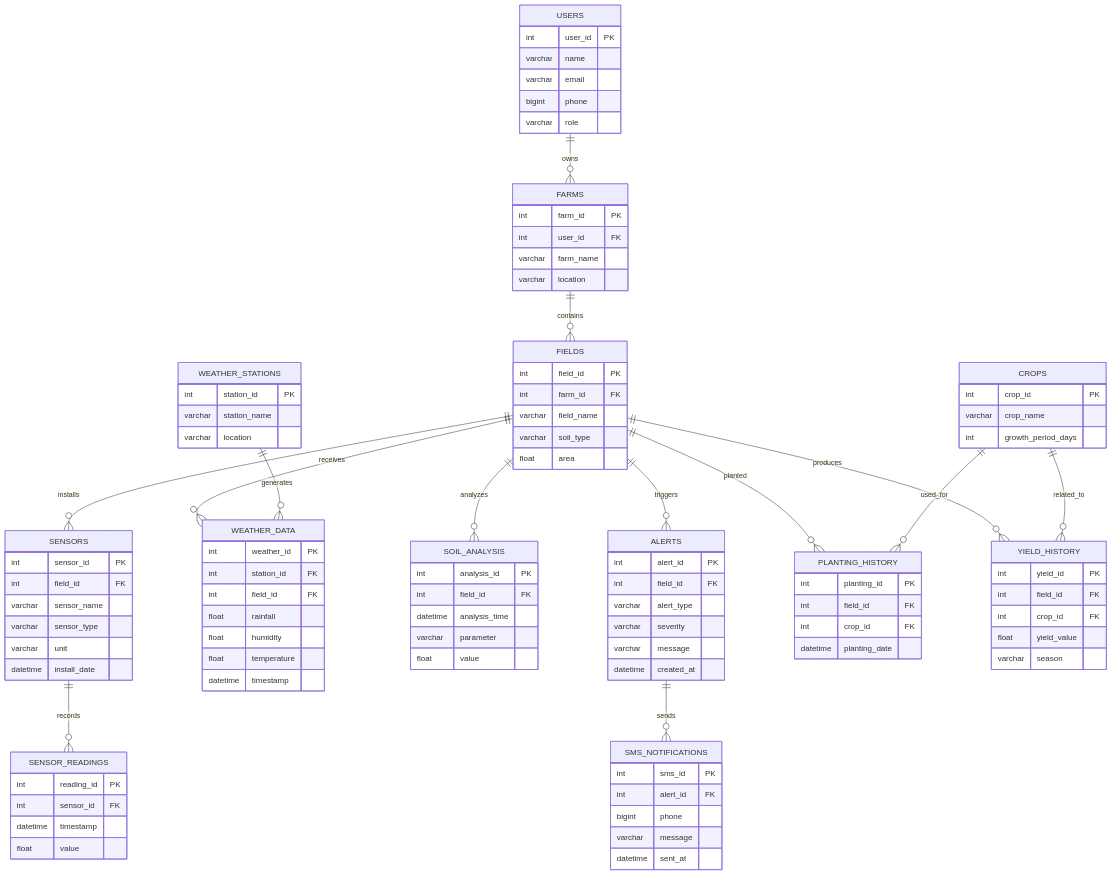
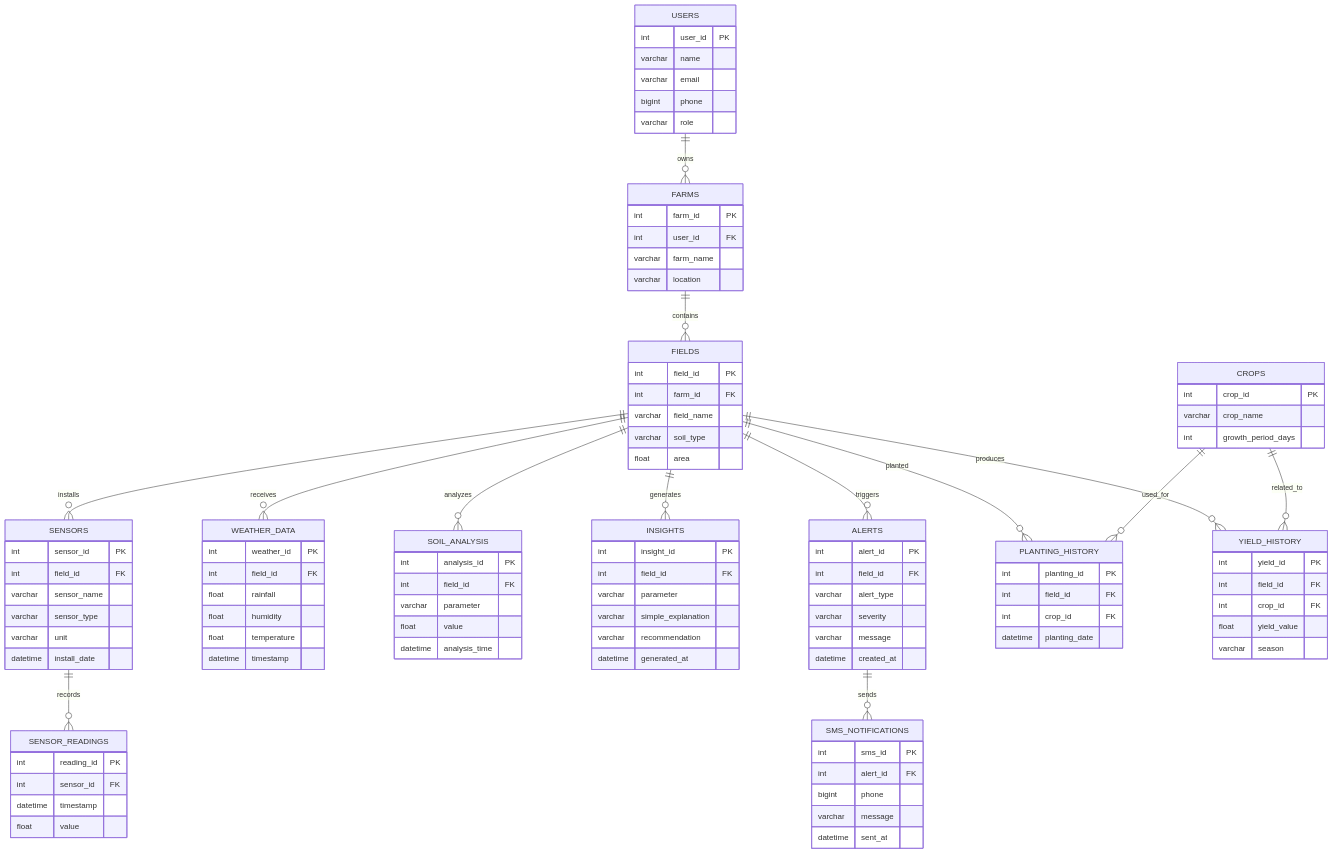
The ninth of 9 diagrams in README.md (White-D-coder/soilfusion), drawn with Mermaid before and after one commit. The commit also changed other lines of this file, not shown here.

```diff
--- a/README.md
+++ b/README.md
@@ -407,15 +408,8 @@
     float value
 }
 
-WEATHER_STATIONS {
-    int station_id PK
-    varchar station_name
-    varchar location
-}
-
 WEATHER_DATA {
     int weather_id PK
-    int station_id FK
     int field_id FK
     float rainfall
     float humidity
@@ -426,9 +420,18 @@
 SOIL_ANALYSIS {
     int analysis_id PK
     int field_id FK
-    datetime analysis_time
     varchar parameter
     float value
+    datetime analysis_time
+}
+
+INSIGHTS {
+    int insight_id PK
+    int field_id FK
+    varchar parameter
+    varchar simple_explanation
+    varchar recommendation
+    datetime generated_at
 }
 
 ALERTS {
@@ -474,8 +477,8 @@
 FIELDS ||--o{ SENSORS : installs
 SENSORS ||--o{ SENSOR_READINGS : records
 FIELDS ||--o{ WEATHER_DATA : receives
-WEATHER_STATIONS ||--o{ WEATHER_DATA : generates
 FIELDS ||--o{ SOIL_ANALYSIS : analyzes
+FIELDS ||--o{ INSIGHTS : generates
 FIELDS ||--o{ ALERTS : triggers
 ALERTS ||--o{ SMS_NOTIFICATIONS : sends
 FIELDS ||--o{ PLANTING_HISTORY : planted
```
